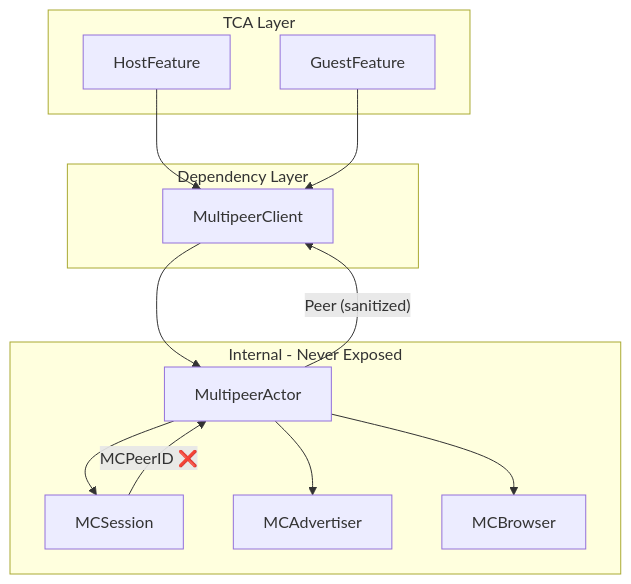
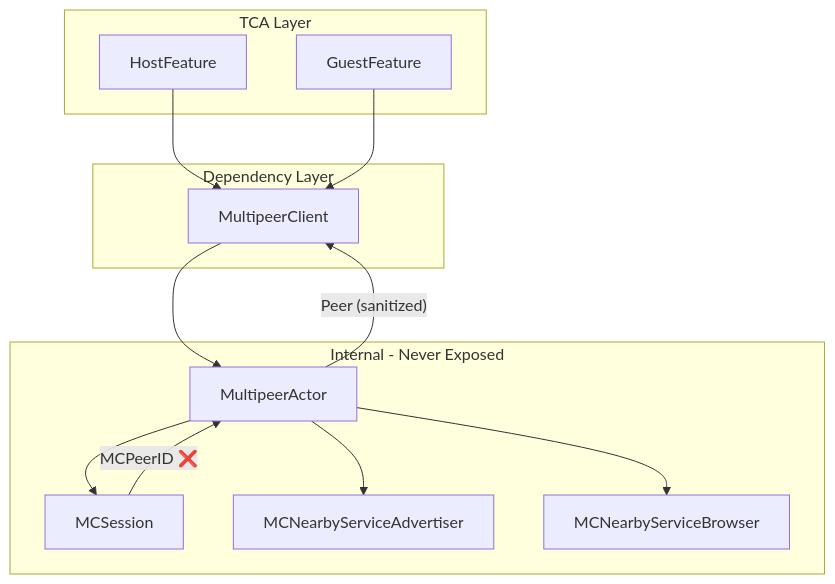
One commit to JeffESchmitz/DemocracyDJ changed the diagram in docs/DemDJ-flowchart.mmd. Above: the diagram before and after it, drawn with Mermaid. The commit also changed 9 other files, not shown here.

Commit message:
docs: update multipeer diagrams

```diff
--- a/docs/DemDJ-flowchart.mmd
+++ b/docs/DemDJ-flowchart.mmd
@@ -1,26 +1,26 @@
   flowchart TB
       subgraph TCA["TCA Layer"]
           HF[HostFeature]
           GF[GuestFeature]
       end
 
       subgraph Dependency["Dependency Layer"]
           MC[MultipeerClient]
       end
 
       subgraph Internal["Internal - Never Exposed"]
           MA[MultipeerActor]
           MCS[MCSession]
-          ADV[MCAdvertiser]
-          BRW[MCBrowser]
+          ADV[MCNearbyServiceAdvertiser]
+          BRW[MCNearbyServiceBrowser]
       end
 
       HF --> MC
       GF --> MC
       MC --> MA
       MA --> MCS
       MA --> ADV
       MA --> BRW
 
       MA -->|"Peer (sanitized)"| MC
       MCS -->|"MCPeerID ❌"| MA
```
